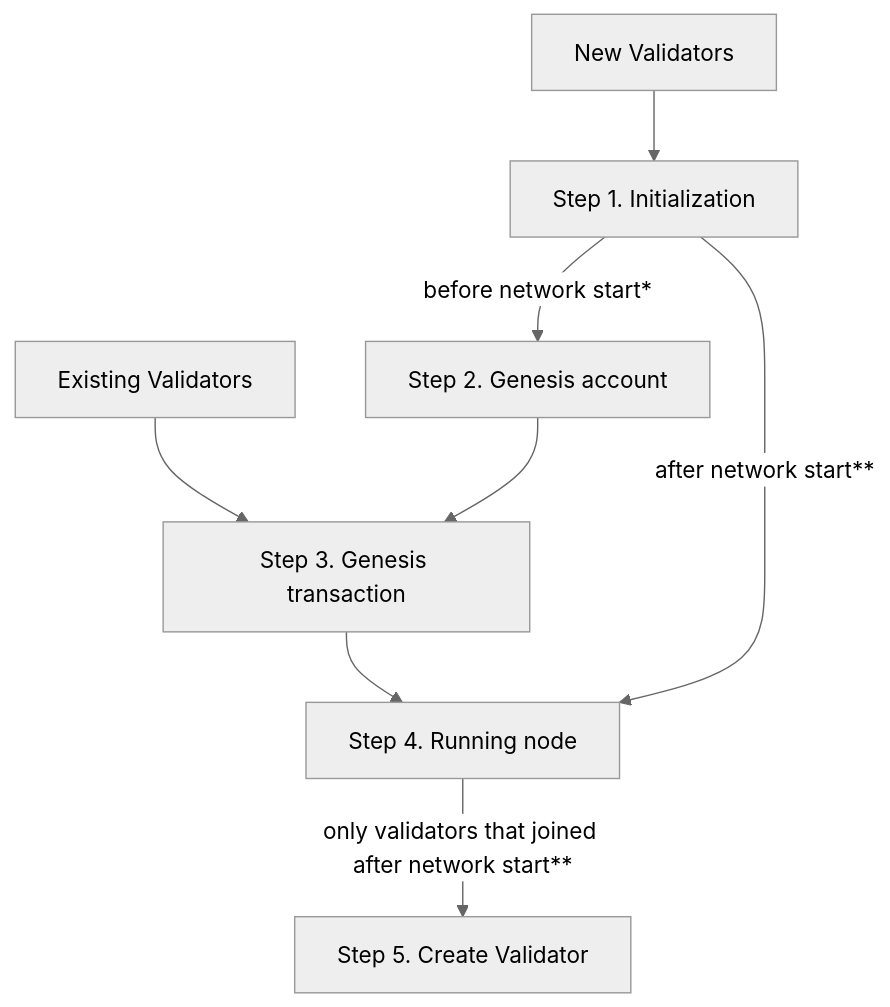
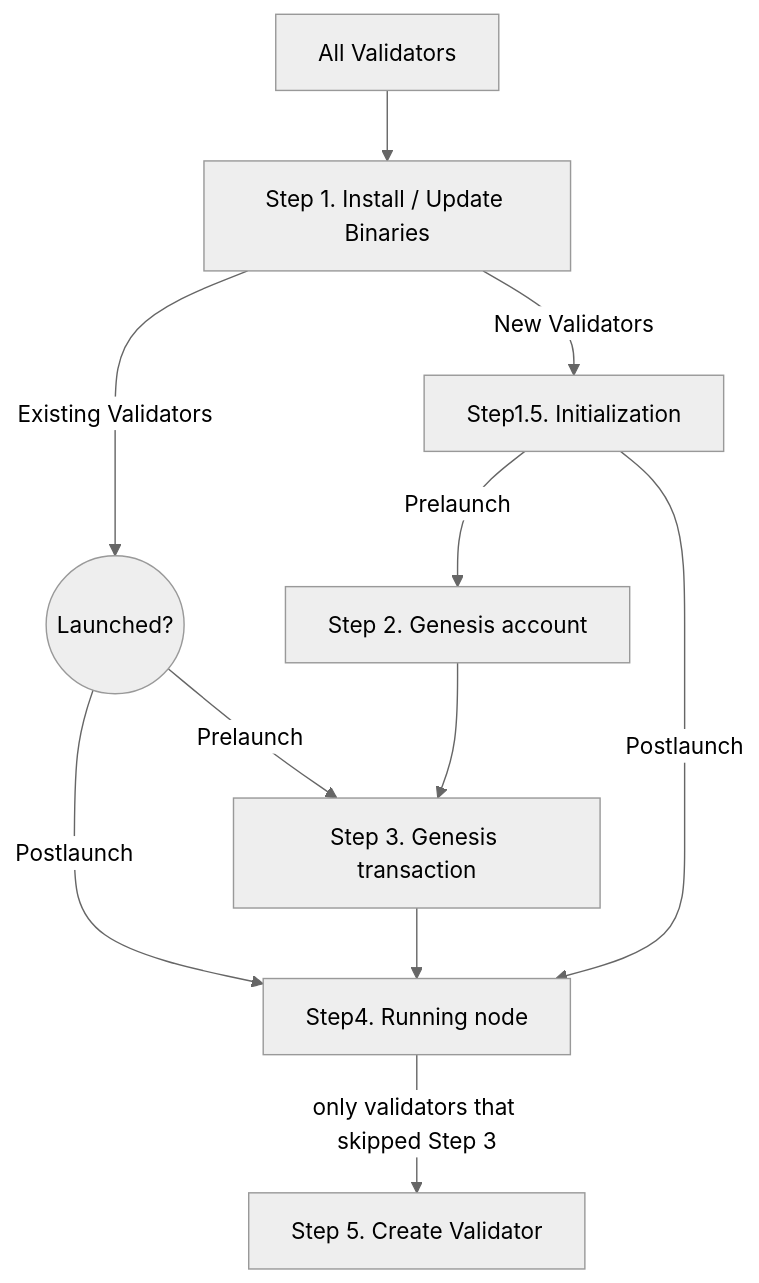
The diagram in README.md (microtick/node-operations), drawn with Mermaid (neutral theme) before and after one commit. The commit also changed other lines of this file, not shown here.

````diff
--- a/README.md
+++ b/README.md
@@ -5,10 +11,13 @@
 ```mermaid
 graph TD;
-  New[New Validators] --> Step1[Step 1. Initialization];
-  Step1 -- before network start* --> Step2[Step 2. Genesis account];
-  Existing[Existing Validators] --> Step3[Step 3. Genesis transaction]
-  Step2 --> Step3;
-  Step3 --> Step4[Step 4. Running node]
-  Step1 -- after network start** --> Step4
-  Step4 -- only validators that joined after network start** --> Step5[Step 5. Create Validator]
+  Everyone[All Validators] --> Step1[Step 1. Install / Update Binaries]
+  Step1 -- New Validators --> Step1.5[Step1.5. Initialization]
+  Step1 -- Existing Validators --> CheckNetwork((Launched?))
+  CheckNetwork -- Prelaunch --> Step3[Step 3. Genesis transaction]
+  CheckNetwork -- Postlaunch --> Step4[Step4. Running node]
+  Step1.5 -- Prelaunch --> Step2[Step 2. Genesis account]
+  Step2 --> Step3
+  Step3 --> Step4
+  Step1.5 -- Postlaunch --> Step4
+  Step4 -- only validators that skipped Step 3 --> Step5[Step 5. Create Validator]
 ```
````
